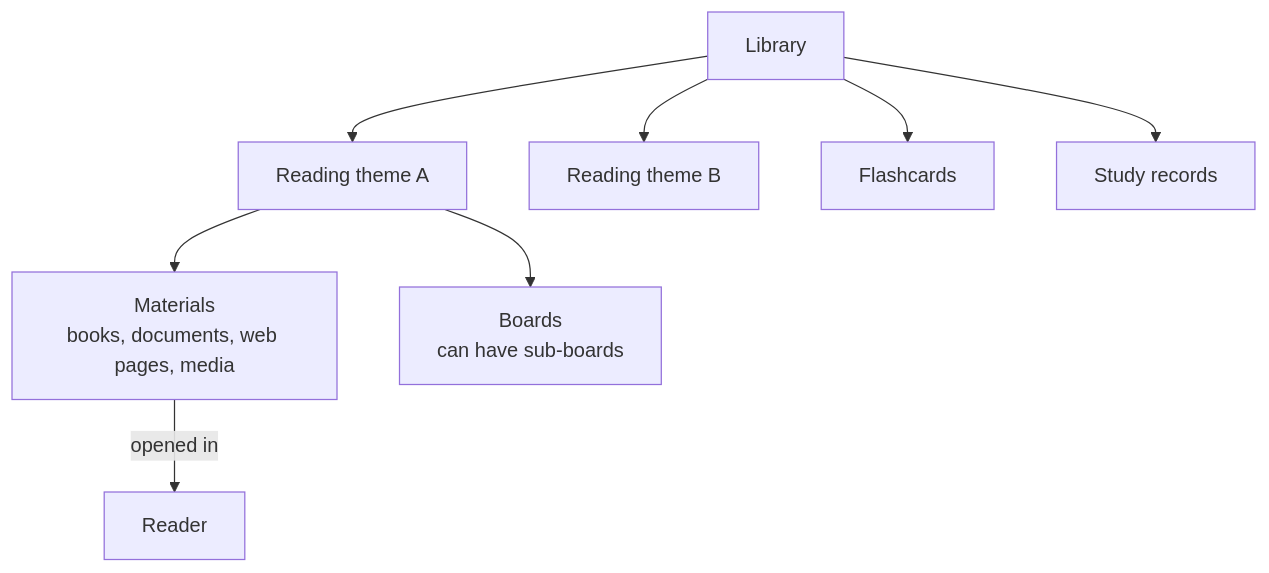
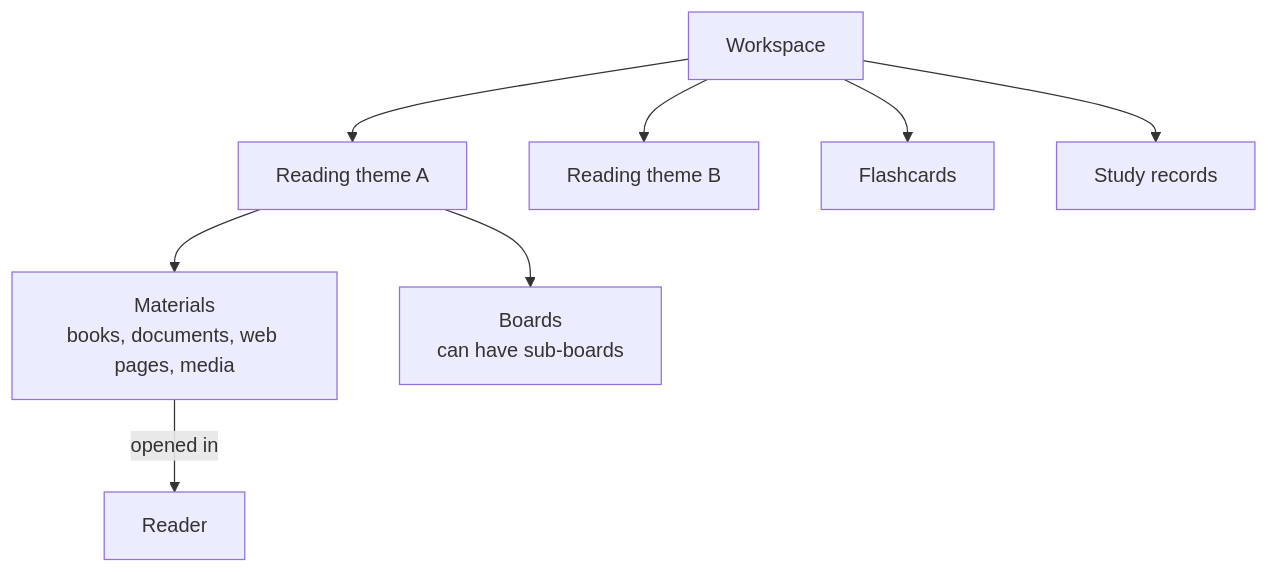
The second of 23 diagrams in guide/en.md (C21H21NO2S/kinex-site), drawn with Mermaid before and after one commit. The commit also changed other lines of this file and 4 other files, not shown here.

````diff
--- a/guide/en.md
+++ b/guide/en.md
@@ -102,10 +102,10 @@
 ```mermaid
 flowchart TD
-    L["Library"] --> T1["Reading theme A"]
+    L["Workspace"] --> T1["Reading theme A"]
     L --> T2["Reading theme B"]
     L --> F["Flashcards"]
     L --> S["Study records"]
     T1 --> M["Materials<br/>books, documents, web pages, media"]
     T1 --> W["Boards<br/>can have sub-boards"]
     M -->|opened in| R["Reader"]
 ```
````
